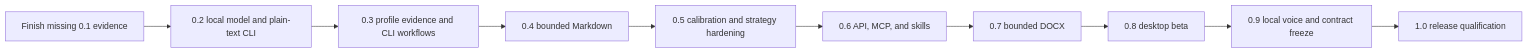
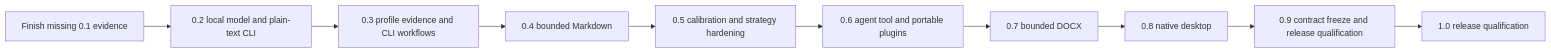
The diagram in docs/planning/README.md (blisspixel/retonr), drawn with Mermaid before and after one commit. The commit also changed other lines of this file and 52 other files, not shown here.

Commit message:
Define reference-grade roadmap and evaluation corpus

````diff
--- a/docs/planning/README.md
+++ b/docs/planning/README.md
@@ -32,12 +32,12 @@
 ```mermaid
 flowchart LR
     V01["Finish missing 0.1 evidence"] --> V02["0.2 local model and plain-text CLI"]
     V02 --> V03["0.3 profile evidence and CLI workflows"]
     V03 --> V04["0.4 bounded Markdown"]
     V04 --> V05["0.5 calibration and strategy hardening"]
-    V05 --> V06["0.6 API, MCP, and skills"]
+    V05 --> V06["0.6 agent tool and portable plugins"]
     V06 --> V07["0.7 bounded DOCX"]
-    V07 --> V08["0.8 desktop beta"]
-    V08 --> V09["0.9 local voice and contract freeze"]
+    V07 --> V08["0.8 native desktop"]
+    V08 --> V09["0.9 contract freeze and release qualification"]
     V09 --> V10["1.0 release qualification"]
 ```
````
